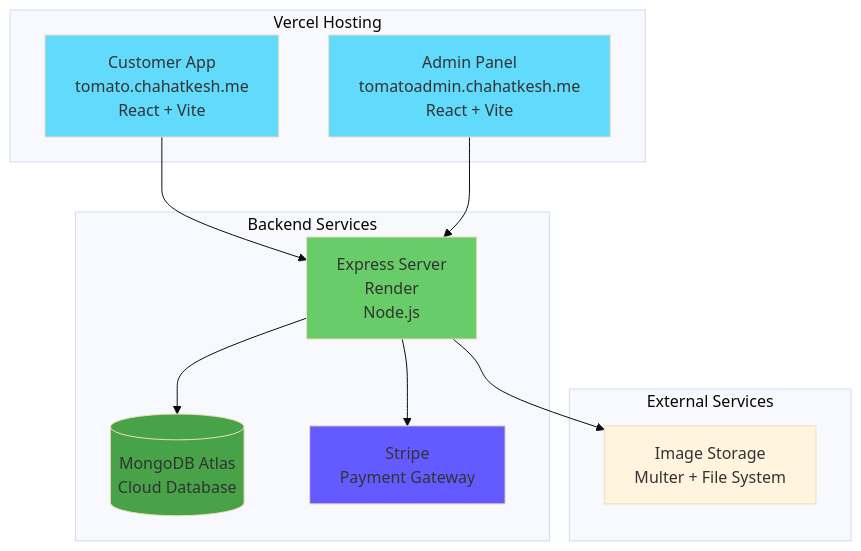
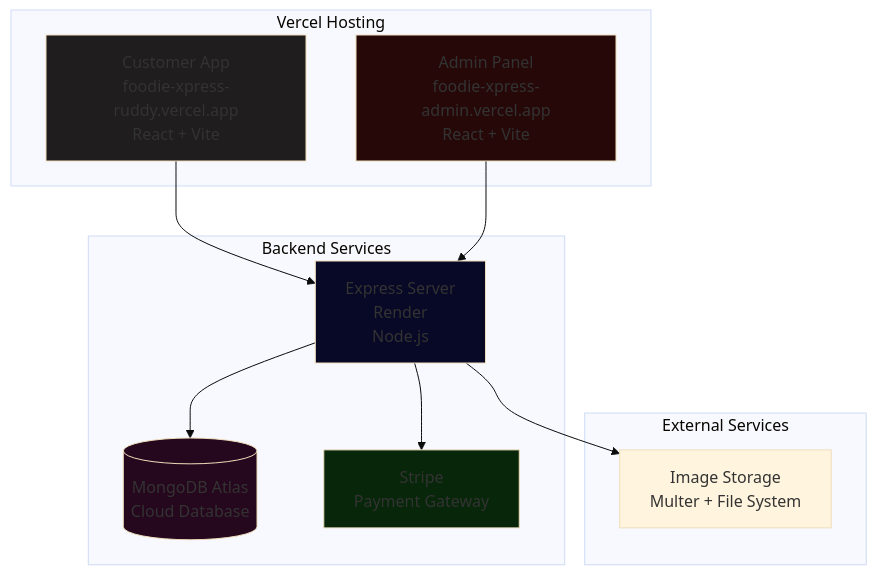
The first of 2 diagrams in README.md (sajjadabed910/FoodieXpress), drawn with Mermaid (base theme) before and after one commit.

Commit message:
Little update in Readme

````diff
--- a/README.md
+++ b/README.md
@@ -62,29 +62,29 @@
 ```mermaid
 graph TB
     subgraph "Vercel Hosting"
-        C[Customer App<br/>tomato.chahatkesh.me<br/>React + Vite]
-        A[Admin Panel<br/>tomatoadmin.chahatkesh.me<br/>React + Vite]
+        C[Customer App<br/>foodie-xpress-ruddy.vercel.app<br/>React + Vite]
+        A[Admin Panel<br/>foodie-xpress-admin.vercel.app<br/>React + Vite]
     end
     
     subgraph "Backend Services"
         S[Express Server<br/>Render<br/>Node.js]
         DB[(MongoDB Atlas<br/>Cloud Database)]
         ST[Stripe<br/>Payment Gateway]
     end
     
     subgraph "External Services"
         IMG[Image Storage<br/>Multer + File System]
     end
     
     C --> S
     A --> S
     S --> DB
     S --> ST
     S --> IMG
     
-    style C fill:#61dafb
-    style A fill:#61dafb
-    style S fill:#68cc68
-    style DB fill:#47a248
-    style ST fill:#635bff
+    style C fill:#1F1D1D
+    style A fill:#260808
+    style S fill:#080926
+    style DB fill:#26081E
+    style ST fill:#082609
 ```
````
